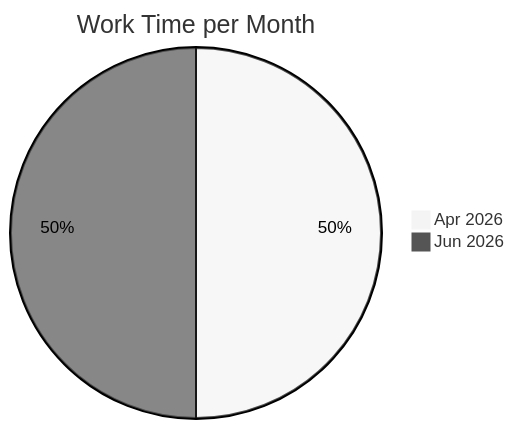
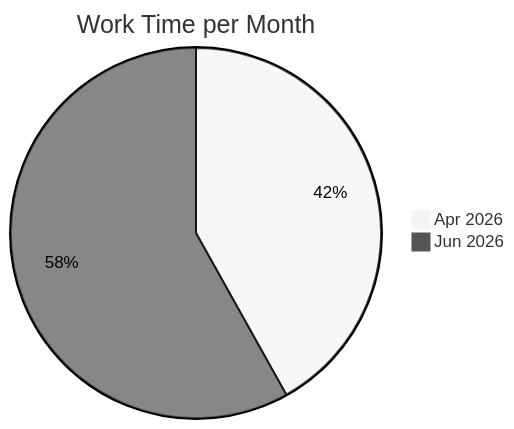
One commit to notWetro/time-tracker changed the diagram in README.md. Above: the diagram before and after it, drawn with Mermaid (neutral theme). The commit also changed other lines of this file and 1 other file, not shown here.

Commit message:
updated worktime

````diff
--- a/README.md
+++ b/README.md
@@ -10,6 +10,6 @@
 ```mermaid
 pie
     title Work Time per Month
     "Apr 2026" : 3.1
-    "Jun 2026" : 3.1
+    "Jun 2026" : 4.3
 ```
````
